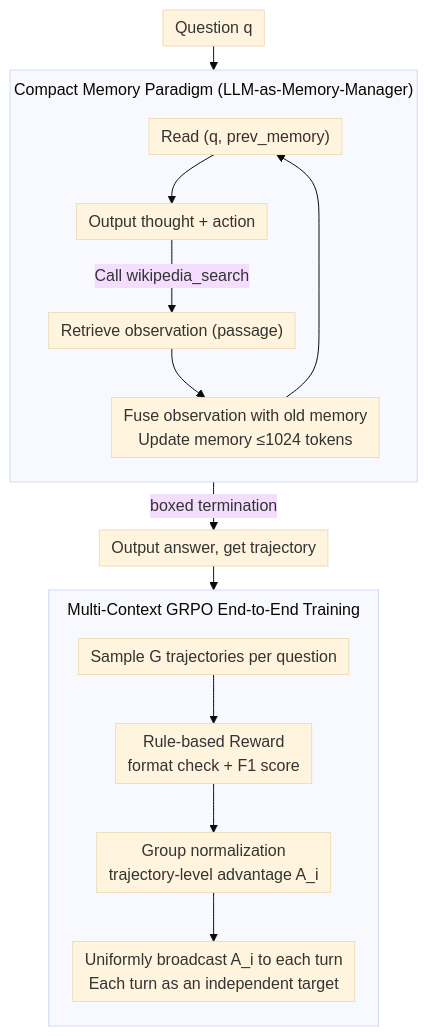
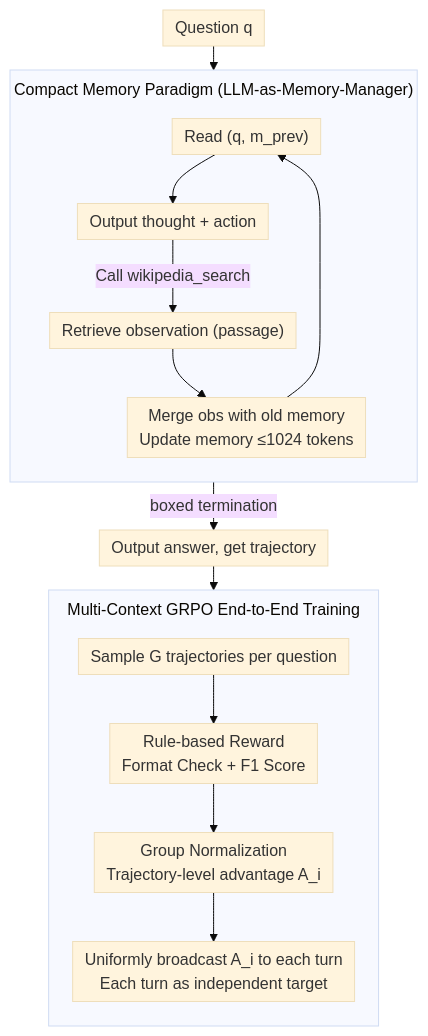
Before and after one commit to zhaoyang97/Paper-Notes-en: the diagram in docs/ACL2026/llm_agent/memsearcher_training_llms_to_reason_search_and_manage_memory_via_end-to-end_rein.md, drawn with Mermaid (base theme). The commit also changed other lines of this file and 5084 other files, not shown here.

````diff
--- a/docs/ACL2026/llm_agent/memsearcher_training_llms_to_reason_search_and_manage_memory_via_end-to-end_rein.md
+++ b/docs/ACL2026/llm_agent/memsearcher_training_llms_to_reason_search_and_manage_memory_via_end-to-end_rein.md
@@ -52,20 +52,20 @@
 ```mermaid
 %%{init: {'flowchart': {'rankSpacing': 24, 'nodeSpacing': 28, 'padding': 6, 'wrappingWidth': 400, 'subGraphTitleMargin': {'top': 8, 'bottom': 16}}}}%%
 flowchart TD
-    Q["Question q"] --> RD["Read (q, prev_memory)"]
+    Q["Question q"] --> RD["Read (q, m_prev)"]
     subgraph MEM["Compact Memory Paradigm (LLM-as-Memory-Manager)"]
         direction TB
         RD --> TA["Output thought + action"]
         TA -->|"Call wikipedia_search"| OBS["Retrieve observation (passage)"]
-        OBS --> UPD["Fuse observation with old memory<br/>Update memory ≤1024 tokens"]
+        OBS --> UPD["Merge obs with old memory<br/>Update memory ≤1024 tokens"]
         UPD --> RD
     end
     TA -->|"boxed termination"| ANS["Output answer, get trajectory"]
     subgraph RL["Multi-Context GRPO End-to-End Training"]
         direction TB
-        SAMP["Sample G trajectories per question"] --> REW["Rule-based Reward<br/>format check + F1 score"]
-        REW --> ADV["Group normalization<br/>trajectory-level advantage A_i"]
-        ADV --> BC["Uniformly broadcast A_i to each turn<br/>Each turn as an independent target"]
+        SAMP["Sample G trajectories per question"] --> REW["Rule-based Reward<br/>Format Check + F1 Score"]
+        REW --> ADV["Group Normalization<br/>Trajectory-level advantage A_i"]
+        ADV --> BC["Uniformly broadcast A_i to each turn<br/>Each turn as independent target"]
     end
     ANS --> SAMP
 ```
````
